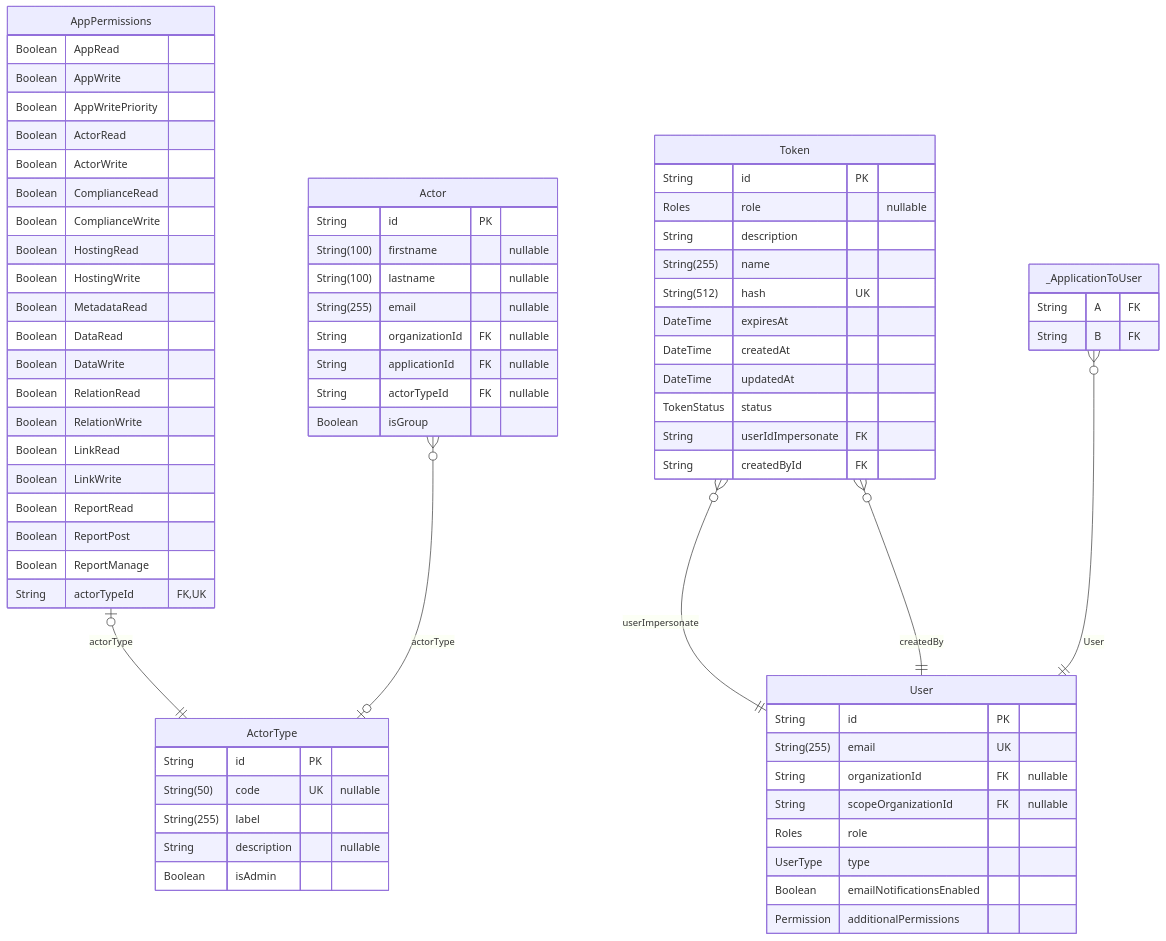
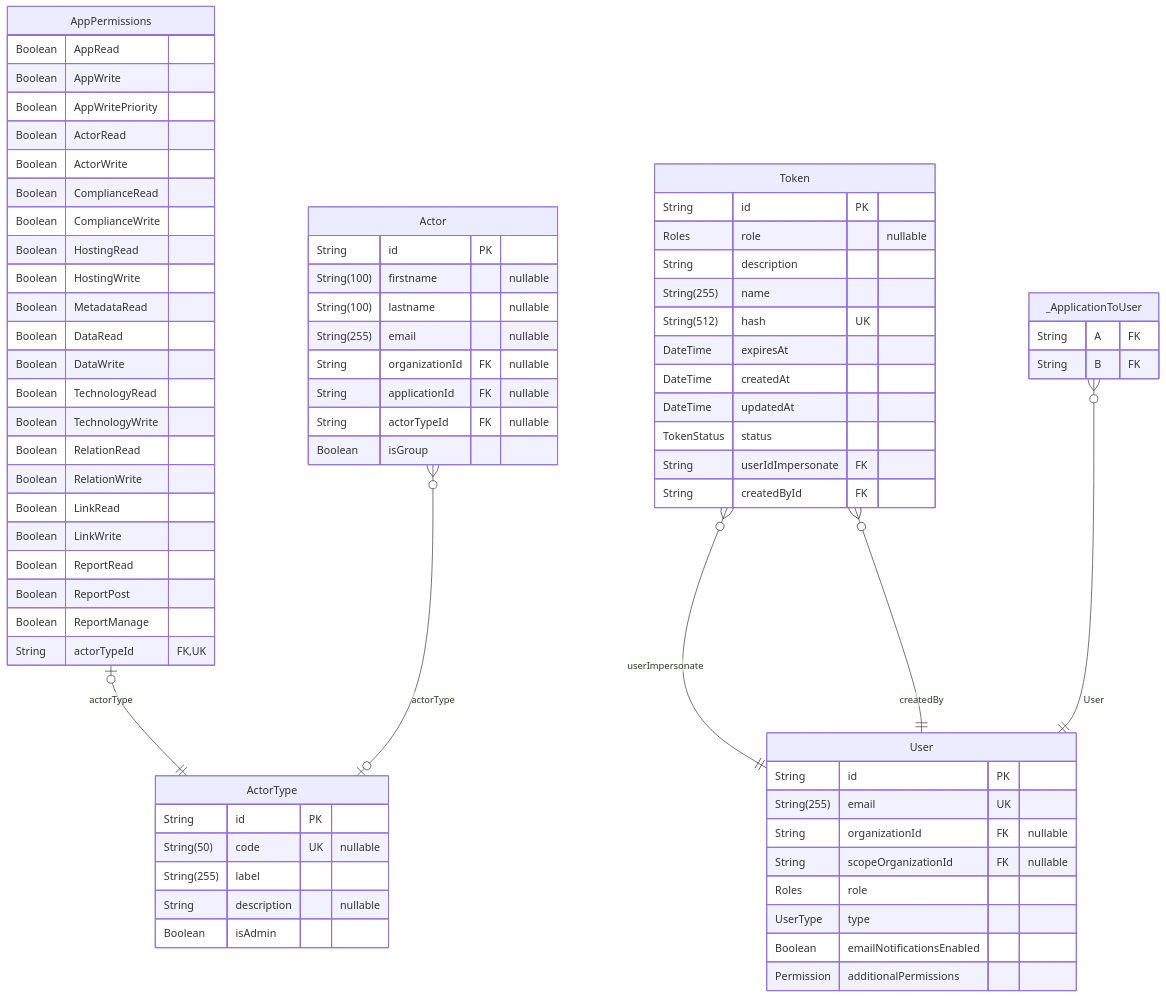
The tenth of 14 diagrams in backend/prisma/docs/schema.md (dnum-mi/referentiel-applications), drawn with Mermaid before and after one commit. The commit also changed other lines of this file and 8 other files, not shown here.

````diff
--- a/backend/prisma/docs/schema.md
+++ b/backend/prisma/docs/schema.md
@@ -809,74 +780,76 @@
 ```mermaid
 erDiagram
 "AppPermissions" {
   Boolean AppRead
   Boolean AppWrite
   Boolean AppWritePriority
   Boolean ActorRead
   Boolean ActorWrite
   Boolean ComplianceRead
   Boolean ComplianceWrite
   Boolean HostingRead
   Boolean HostingWrite
   Boolean MetadataRead
   Boolean DataRead
   Boolean DataWrite
+  Boolean TechnologyRead
+  Boolean TechnologyWrite
   Boolean RelationRead
   Boolean RelationWrite
   Boolean LinkRead
   Boolean LinkWrite
   Boolean ReportRead
   Boolean ReportPost
   Boolean ReportManage
   String actorTypeId FK,UK
 }
 "Token" {
   String id PK
   Roles role "nullable"
   String description
   String(255) name
   String(512) hash UK
   DateTime expiresAt
   DateTime createdAt
   DateTime updatedAt
   TokenStatus status
   String userIdImpersonate FK
   String createdById FK
 }
 "User" {
   String id PK
   String(255) email UK
   String organizationId FK "nullable"
   String scopeOrganizationId FK "nullable"
   Roles role
   UserType type
   Boolean emailNotificationsEnabled
   Permission additionalPermissions
 }
 "Actor" {
   String id PK
   String(100) firstname "nullable"
   String(100) lastname "nullable"
   String(255) email "nullable"
   String organizationId FK "nullable"
   String applicationId FK "nullable"
   String actorTypeId FK "nullable"
   Boolean isGroup
 }
 "ActorType" {
   String id PK
   String(50) code UK "nullable"
   String(255) label
   String description "nullable"
   Boolean isAdmin
 }
 "_ApplicationToUser" {
   String A FK
   String B FK
 }
 "AppPermissions" |o--|| "ActorType" : actorType
 "Token" }o--|| "User" : userImpersonate
 "Token" }o--|| "User" : createdBy
 "Actor" }o--o| "ActorType" : actorType
 "_ApplicationToUser" }o--|| "User" : User
 ```
````
